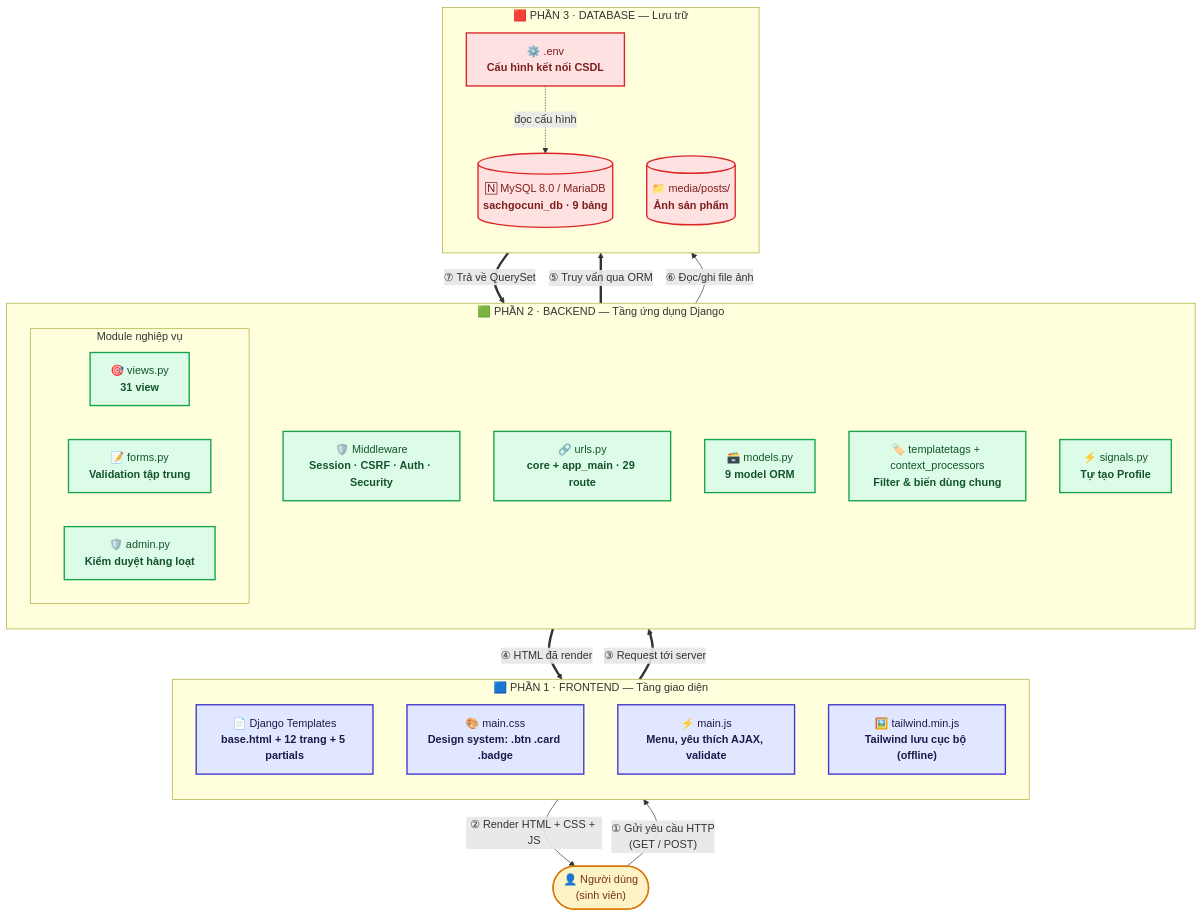
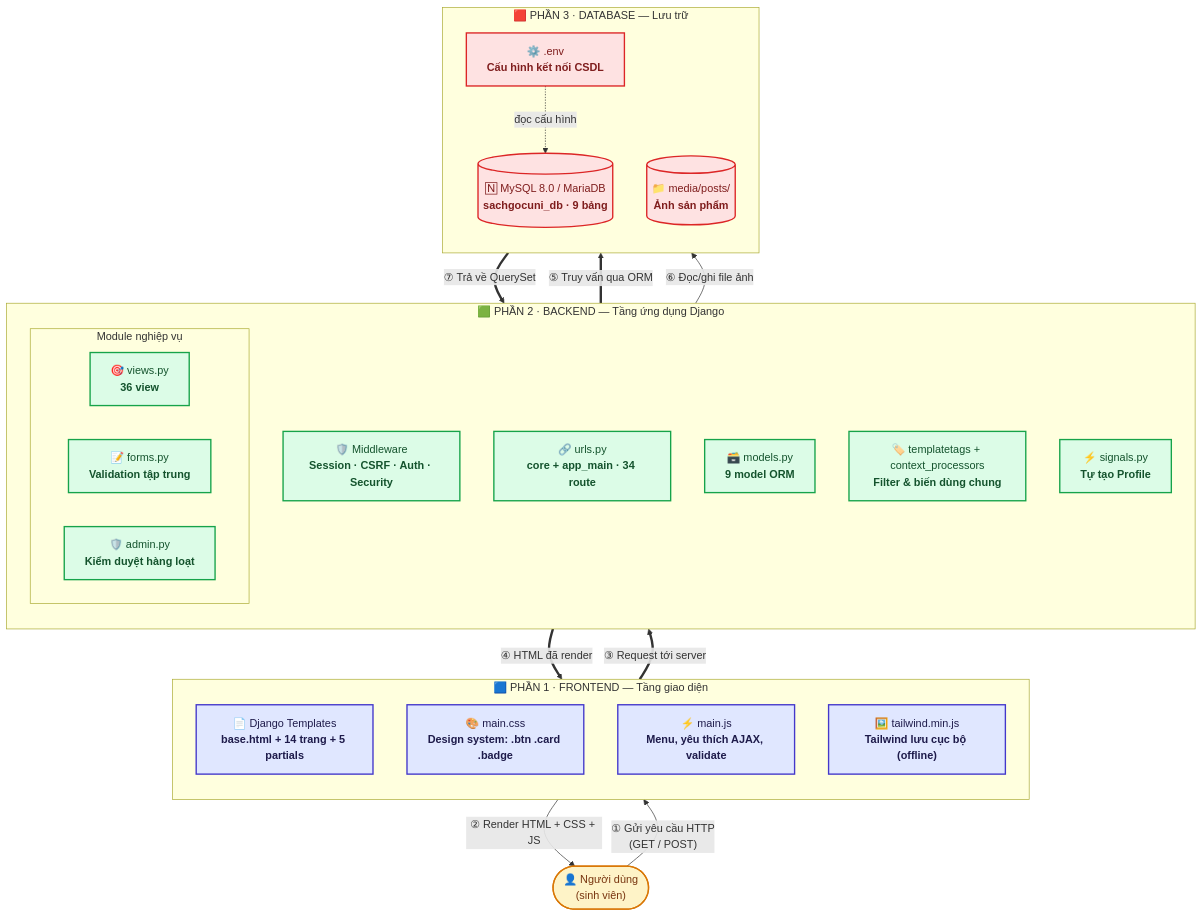
Before and after one commit to 24CT1-NGUYENVANHAO/congnghephanmen: the first of 3 diagrams in README.md, drawn with Mermaid. The commit also changed other lines of this file and 1 other file, not shown here.

````diff
--- a/README.md
+++ b/README.md
@@ -412,58 +431,58 @@
 ```mermaid
 flowchart TD
     User(["👤 Người dùng<br/>(sinh viên)"])
 
     subgraph FRONTEND ["🟦 PHẦN 1 · FRONTEND — Tầng giao diện"]
         direction TB
-        T1["📄 Django Templates<br/><b>base.html + 12 trang + 5 partials</b>"]
+        T1["📄 Django Templates<br/><b>base.html + 14 trang + 5 partials</b>"]
         T2["🎨 main.css<br/><b>Design system: .btn .card .badge</b>"]
         T3["⚡ main.js<br/><b>Menu, yêu thích AJAX, validate</b>"]
         T4["🖼️ tailwind.min.js<br/><b>Tailwind lưu cục bộ (offline)</b>"]
     end
 
     subgraph BACKEND ["🟩 PHẦN 2 · BACKEND — Tầng ứng dụng Django"]
         direction TB
         B1["🛡️ Middleware<br/><b>Session · CSRF · Auth · Security</b>"]
-        B2["🔗 urls.py<br/><b>core + app_main · 29 route</b>"]
+        B2["🔗 urls.py<br/><b>core + app_main · 34 route</b>"]
 
         subgraph NGHIEPVU ["Module nghiệp vụ"]
             direction LR
-            B3["🎯 views.py<br/><b>31 view</b>"]
+            B3["🎯 views.py<br/><b>36 view</b>"]
             B4["📝 forms.py<br/><b>Validation tập trung</b>"]
             B5["🛡️ admin.py<br/><b>Kiểm duyệt hàng loạt</b>"]
         end
 
         B6["🗃️ models.py<br/><b>9 model ORM</b>"]
         B7["🏷️ templatetags + context_processors<br/><b>Filter & biến dùng chung</b>"]
         B8["⚡ signals.py<br/><b>Tự tạo Profile</b>"]
     end
 
     subgraph DATABASE ["🟥 PHẦN 3 · DATABASE — Lưu trữ"]
         direction TB
         D1[("🄽 MySQL 8.0 / MariaDB<br/><b>sachgocuni_db · 9 bảng</b>")]
         D2[("📁 media/posts/<br/><b>Ảnh sản phẩm</b>")]
         D3["⚙️ .env<br/><b>Cấu hình kết nối CSDL</b>"]
     end
 
     User -->|"① Gửi yêu cầu HTTP<br/>(GET / POST)"| FRONTEND
     FRONTEND -->|"② Render HTML + CSS + JS"| User
 
     FRONTEND ==>|"③ Request tới server"| BACKEND
     BACKEND ==>|"④ HTML đã render"| FRONTEND
 
     BACKEND ==>|"⑤ Truy vấn qua ORM"| D1
     BACKEND -->|"⑥ Đọc/ghi file ảnh"| D2
     D3 -.->|"đọc cấu hình"| D1
 
     D1 ==>|"⑦ Trả về QuerySet"| BACKEND
 
     classDef fe fill:#e0e7ff,stroke:#4338ca,stroke-width:2px,color:#1e1b4b
     classDef be fill:#dcfce7,stroke:#16a34a,stroke-width:2px,color:#14532d
     classDef db fill:#fee2e2,stroke:#dc2626,stroke-width:2px,color:#7f1d1d
     classDef user fill:#fef3c7,stroke:#d97706,stroke-width:2px,color:#78350f
 
     class T1,T2,T3,T4 fe
     class B1,B2,B3,B4,B5,B6,B7,B8 be
     class D1,D2,D3 db
     class User user
 ```
````
